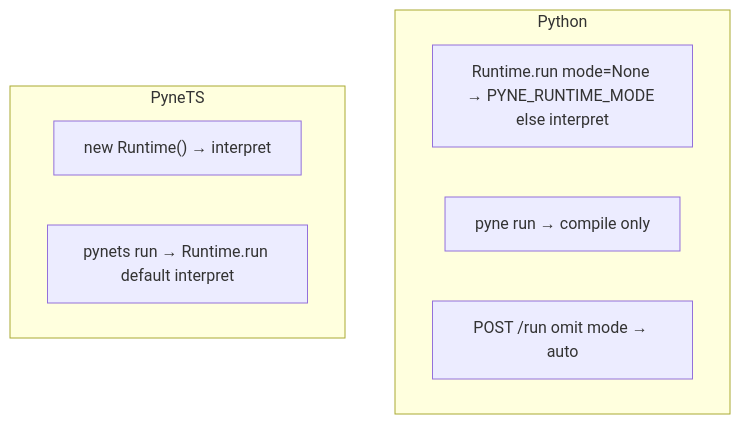
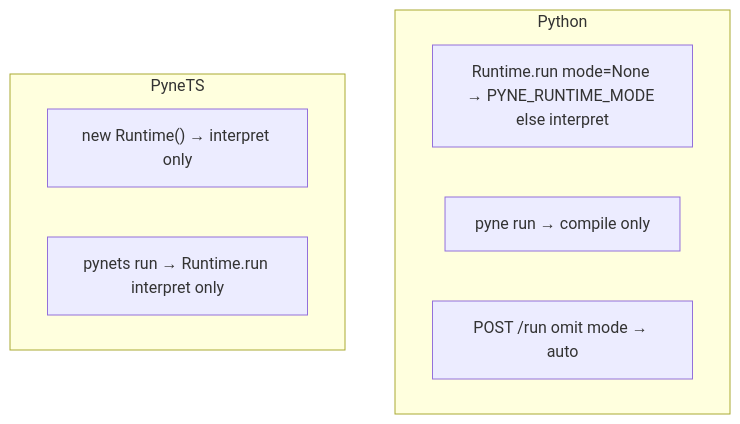
One commit to hoox-sh/pyne changed the diagram in docs/pyne/enduser/reference/modes.mdx. Above: the diagram before and after it, drawn with Mermaid. The commit also changed other lines of this file and 101 other files, not shown here.

````diff
--- a/docs/pyne/enduser/reference/modes.mdx
+++ b/docs/pyne/enduser/reference/modes.mdx
@@ -35,12 +35,12 @@
 ```mermaid
 flowchart TB
   subgraph Python
     LIB["Runtime.run mode=None → PYNE_RUNTIME_MODE else interpret"]
     CLI["pyne run → compile only"]
     API["POST /run omit mode → auto"]
   end
   subgraph PyneTS
-    TSLIB["new Runtime() → interpret"]
-    TSCLI["pynets run → Runtime.run default interpret"]
+    TSLIB["new Runtime() → interpret only"]
+    TSCLI["pynets run → Runtime.run interpret only"]
   end
 ```
````
